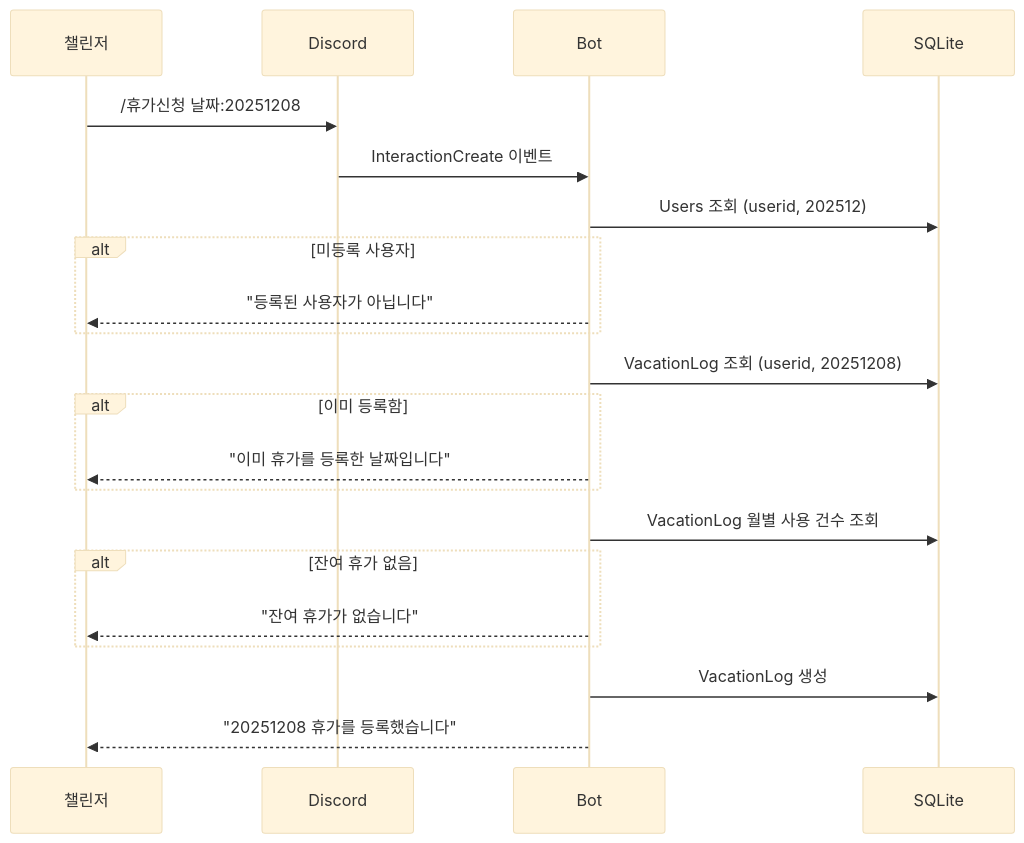
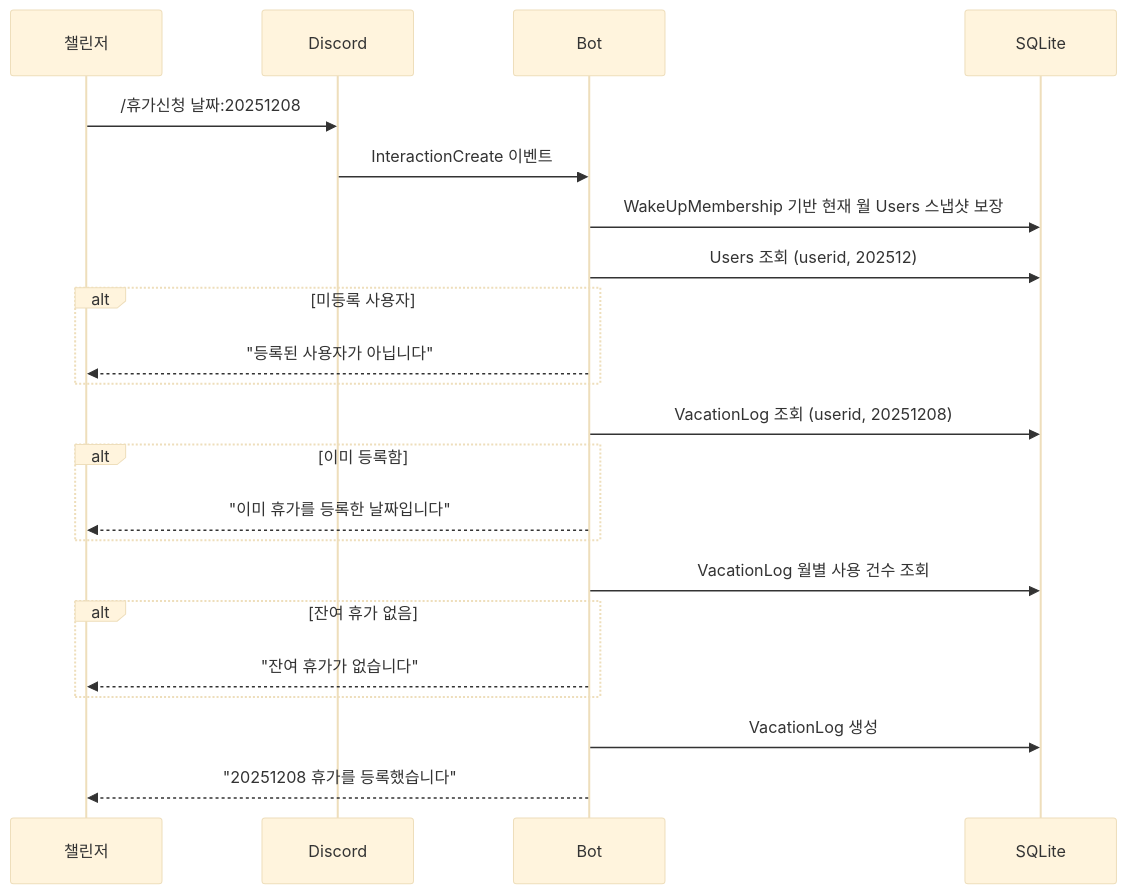
One commit to honki12345/haruharu-discord-bot changed diagram 17 of 17 in docs/USER_STORIES.md. Above: the diagram before and after it, drawn with Mermaid (base theme). The commit also changed other lines of this file and 18 other files, not shown here.

````diff
--- a/docs/USER_STORIES.md
+++ b/docs/USER_STORIES.md
@@ -710,28 +760,29 @@
 ```mermaid
 sequenceDiagram
     participant U as 챌린저
     participant D as Discord
     participant B as Bot
     participant DB as SQLite
 
     U->>D: /휴가신청 날짜:20251208
     D->>B: InteractionCreate 이벤트
 
+    B->>DB: WakeUpMembership 기반 현재 월 Users 스냅샷 보장
     B->>DB: Users 조회 (userid, 202512)
     alt 미등록 사용자
         B-->>U: "등록된 사용자가 아닙니다"
     end
 
     B->>DB: VacationLog 조회 (userid, 20251208)
     alt 이미 등록함
         B-->>U: "이미 휴가를 등록한 날짜입니다"
     end
 
     B->>DB: VacationLog 월별 사용 건수 조회
     alt 잔여 휴가 없음
         B-->>U: "잔여 휴가가 없습니다"
     end
 
     B->>DB: VacationLog 생성
     B-->>U: "20251208 휴가를 등록했습니다"
 ```
````
